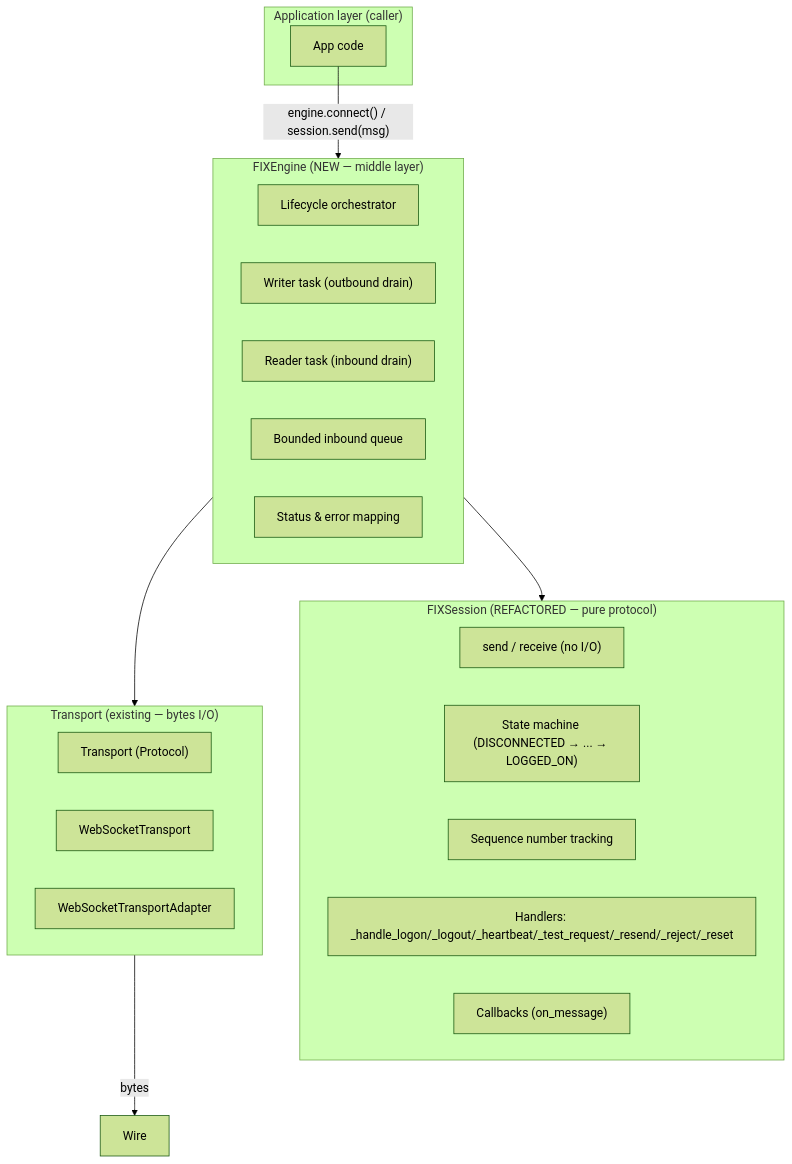
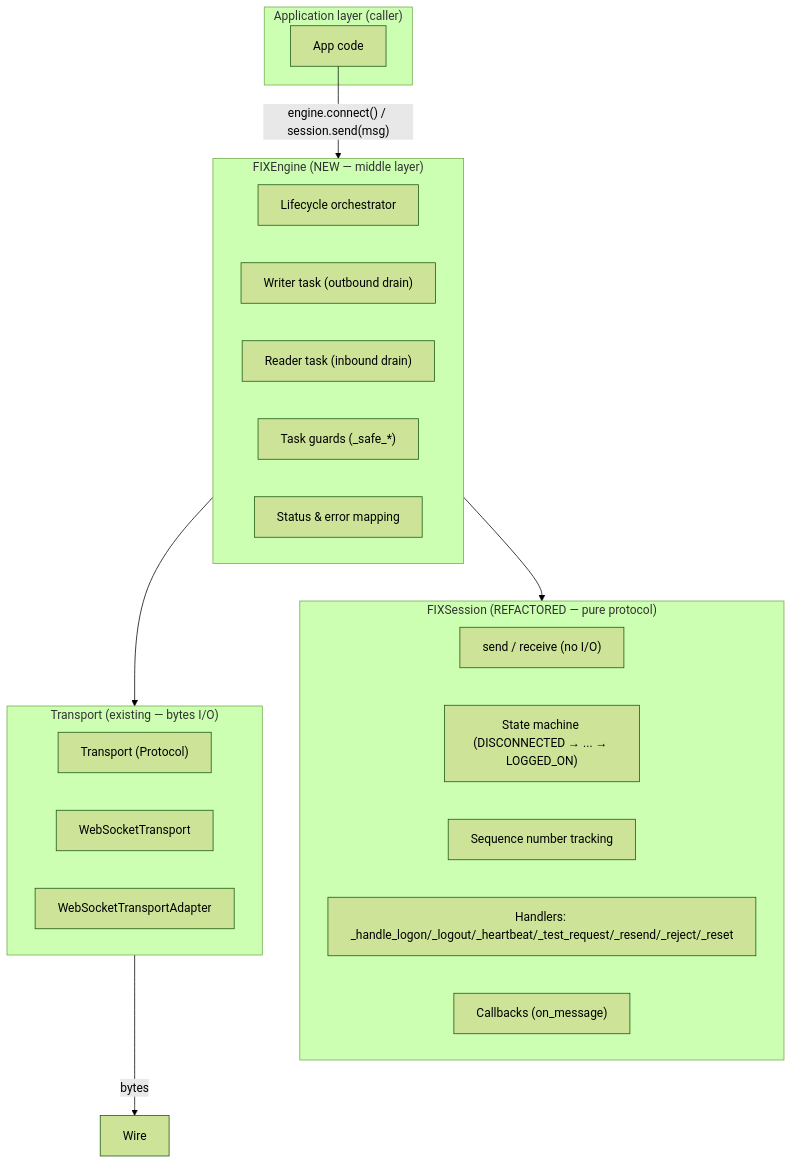
The first of 6 diagrams in docs/design/session-transport.md (MatiasAgelvis/Fixwire), drawn with Mermaid (forest theme) before and after one commit. The commit also changed other lines of this file and 1 other file, not shown here.

Commit message:
docs: defer bounded inbound queue and callback isolation to M3

````diff
--- a/docs/design/session-transport.md
+++ b/docs/design/session-transport.md
@@ -39,33 +39,33 @@
 ```mermaid
 graph TD
     subgraph App["Application layer (caller)"]
         A["App code"]
     end
 
     subgraph Engine["FIXEngine (NEW — middle layer)"]
         E1["Lifecycle orchestrator"]
         E2["Writer task (outbound drain)"]
         E3["Reader task (inbound drain)"]
-        E4["Bounded inbound queue"]
+        E4["Task guards (_safe_*)"]
         E5["Status & error mapping"]
     end
 
     subgraph Session["FIXSession (REFACTORED — pure protocol)"]
         S1["send / receive (no I/O)"]
         S2["State machine (DISCONNECTED → ... → LOGGED_ON)"]
         S3["Sequence number tracking"]
         S4["Handlers: _handle_logon/_logout/_heartbeat/_test_request/_resend/_reject/_reset"]
         S5["Callbacks (on_message)"]
     end
 
     subgraph Transport["Transport (existing — bytes I/O)"]
         T1["Transport (Protocol)"]
         T2["WebSocketTransport"]
         T3["WebSocketTransportAdapter"]
     end
 
     A -->|"engine.connect() / session.send(msg)"| Engine
     Engine --> Session
     Engine --> Transport
     Transport -->|"bytes"| Socket["Wire"]
 ```
````
